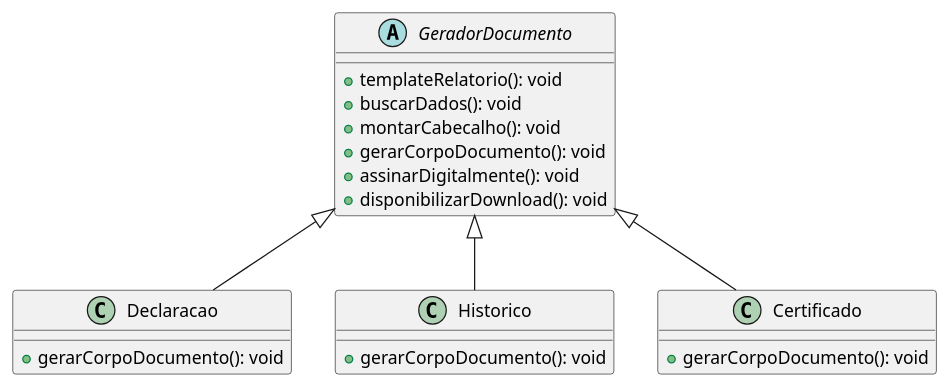
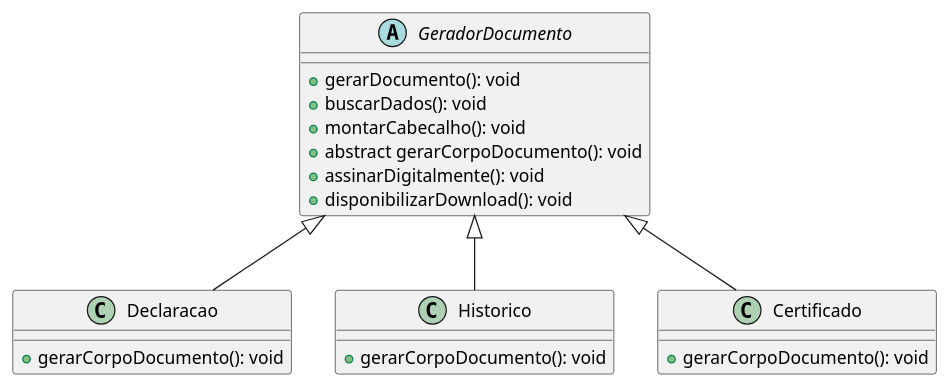
One commit to Davi-SC/padroes-projeto changed the diagram in exercicios-prova01/questao03/src/DiagramClassesQ03.puml. Above: the diagram before and after it, drawn with PlantUML. The commit also changed 14 other files, not shown here.

```diff
--- a/exercicios-prova01/questao03/src/DiagramClassesQ03.puml
+++ b/exercicios-prova01/questao03/src/DiagramClassesQ03.puml
@@ -1,24 +1,24 @@
 @startuml
 'https://plantuml.com/class-diagram
 
 abstract class GeradorDocumento{
-+ templateRelatorio(): void
++ gerarDocumento(): void
 + buscarDados(): void
 + montarCabecalho(): void
-+ gerarCorpoDocumento(): void
++ abstract gerarCorpoDocumento(): void
 + assinarDigitalmente(): void
 + disponibilizarDownload(): void
 }
 
 class Declaracao extends GeradorDocumento{
 + gerarCorpoDocumento(): void
 }
 class Historico extends GeradorDocumento{
 + gerarCorpoDocumento(): void
 }
 class Certificado extends GeradorDocumento{
 + gerarCorpoDocumento(): void
 }
 
 
 @enduml
```
